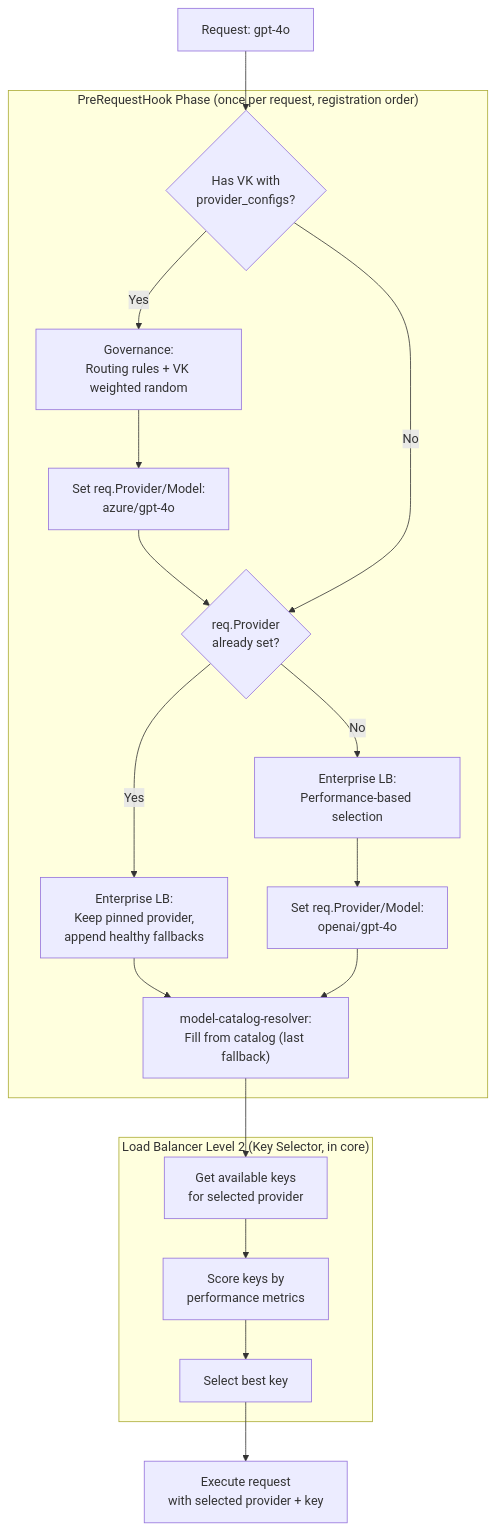
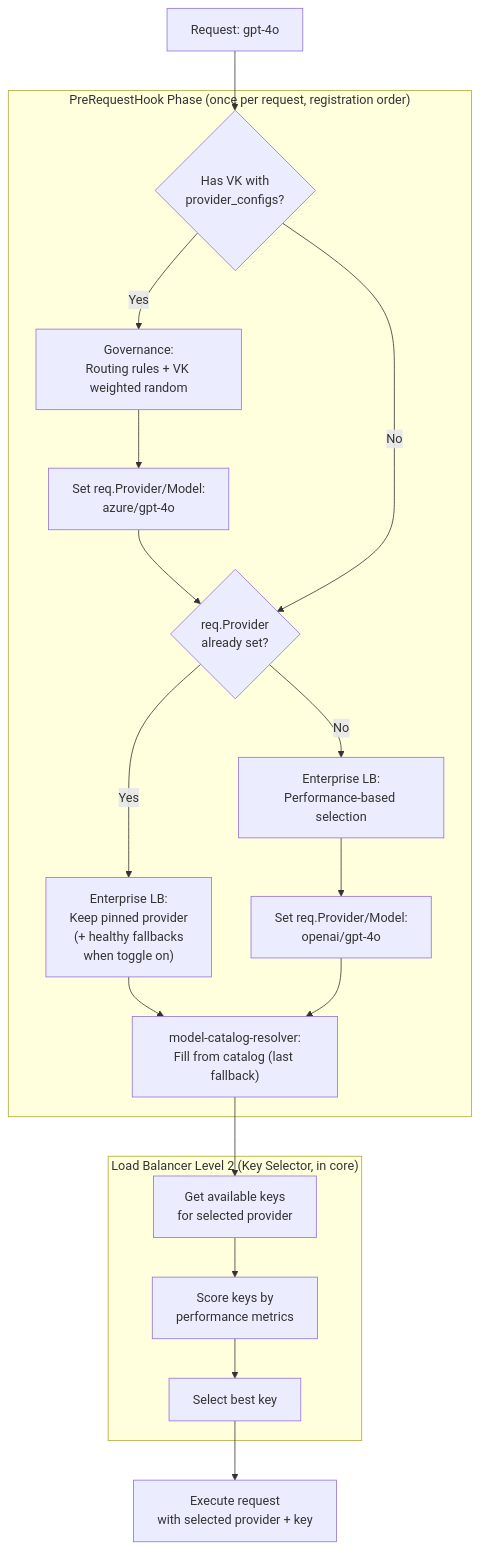
Before and after one commit to akhsaul/bifrost: the second of 3 diagrams in docs/providers/provider-routing.mdx, drawn with Mermaid. The commit also changed other lines of this file and 2 other files, not shown here.

First line of the commit message:
docs: add `append_fallbacks_to_pinned` as a fifth load-balancer switch and update all references to pinned-request fallback behavior (#5336)

````diff
--- a/docs/providers/provider-routing.mdx
+++ b/docs/providers/provider-routing.mdx
@@ -1205,29 +1205,29 @@
 ```mermaid
 flowchart TD
     Start["Request: gpt-4o"]
 
     subgraph PreReq["PreRequestHook Phase (once per request, registration order)"]
         HasVK{"Has VK with<br/>provider_configs?"}
         GovRoute["Governance:<br/>Routing rules + VK weighted random"]
         AddPrefix["Set req.Provider/Model:<br/>azure/gpt-4o"]
         PrefixCheck{"req.Provider<br/>already set?"}
         LBProvider["Enterprise LB:<br/>Performance-based selection"]
-        LBPinned["Enterprise LB:<br/>Keep pinned provider,<br/>append healthy fallbacks"]
+        LBPinned["Enterprise LB:<br/>Keep pinned provider<br/>(+ healthy fallbacks<br/>when toggle on)"]
         AddLBPrefix["Set req.Provider/Model:<br/>openai/gpt-4o"]
         Resolver["model-catalog-resolver:<br/>Fill from catalog (last fallback)"]
     end
 
     subgraph LB2["Load Balancer Level 2 (Key Selector, in core)"]
         GetKeys["Get available keys<br/>for selected provider"]
         ScoreKeys["Score keys by<br/>performance metrics"]
         SelectKey["Select best key"]
     end
 
     Start --> HasVK
     HasVK -->|Yes| GovRoute --> AddPrefix --> PrefixCheck
     HasVK -->|No| PrefixCheck
     PrefixCheck -->|Yes| LBPinned --> Resolver
     PrefixCheck -->|No| LBProvider --> AddLBPrefix --> Resolver
     Resolver --> GetKeys
     GetKeys --> ScoreKeys --> SelectKey --> Execute["Execute request<br/>with selected provider + key"]
 ```
````
